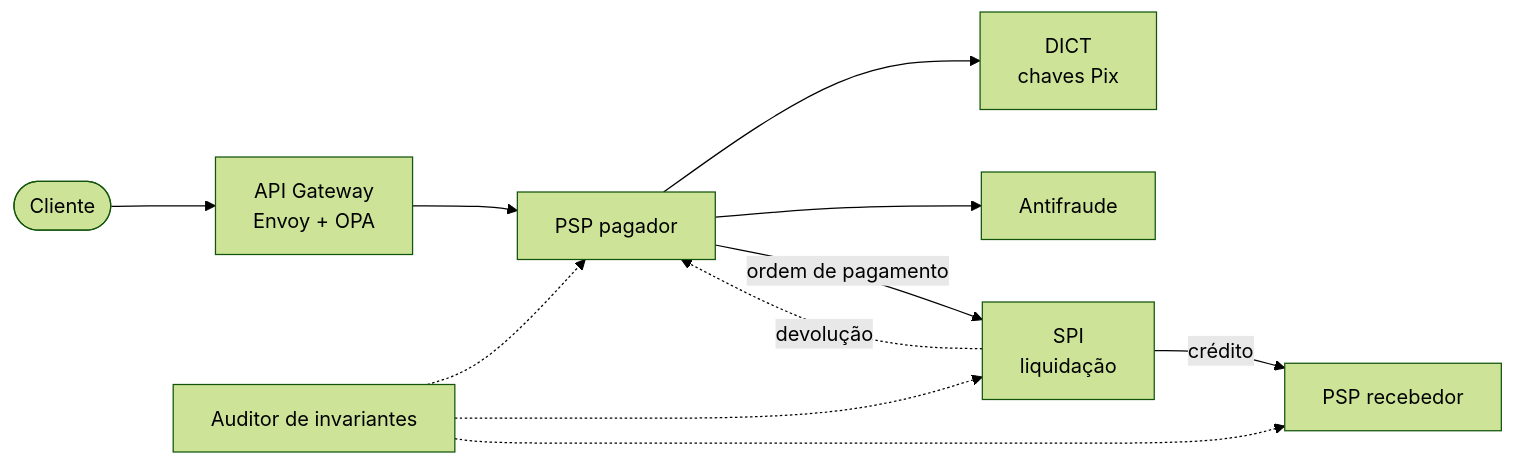
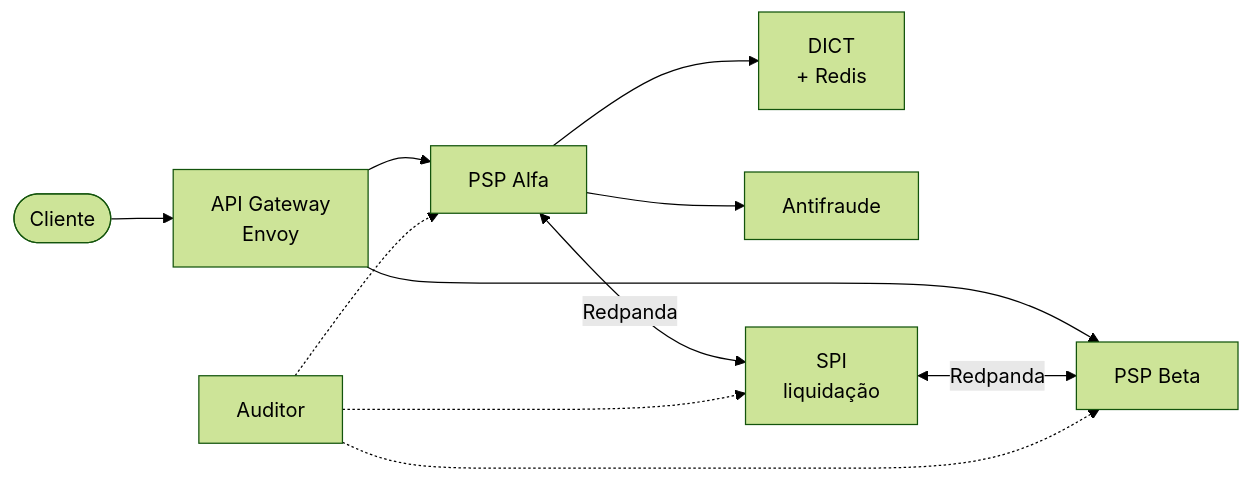
One commit to Deivison-Costaa/urubu-do-pix changed the diagram in README.md. Above: the diagram before and after it, drawn with Mermaid (forest theme). The commit also changed other lines of this file and 1 other file, not shown here.

````diff
--- a/README.md
+++ b/README.md
@@ -15,13 +24,11 @@
 ```mermaid
 flowchart LR
-    cliente([Cliente]) --> gw[API Gateway<br/>Envoy + OPA]
-    gw --> pspA[PSP pagador]
-    pspA --> dict[DICT<br/>chaves Pix]
+    cliente([Cliente]) --> gw[API Gateway<br/>Envoy]
+    gw --> pspA[PSP Alfa]
+    gw --> pspB[PSP Beta]
+    pspA --> dict[DICT<br/>+ Redis]
     pspA --> af[Antifraude]
-    pspA -- ordem de pagamento --> spi[SPI<br/>liquidação]
-    spi -- crédito --> pspB[PSP recebedor]
-    spi -. devolução .-> pspA
-    auditor[Auditor de invariantes] -.-> pspA
-    auditor -.-> spi
-    auditor -.-> pspB
+    pspA <-- Redpanda --> spi[SPI<br/>liquidação]
+    spi <-- Redpanda --> pspB
+    auditor[Auditor] -.-> pspA & spi & pspB
 ```
````
